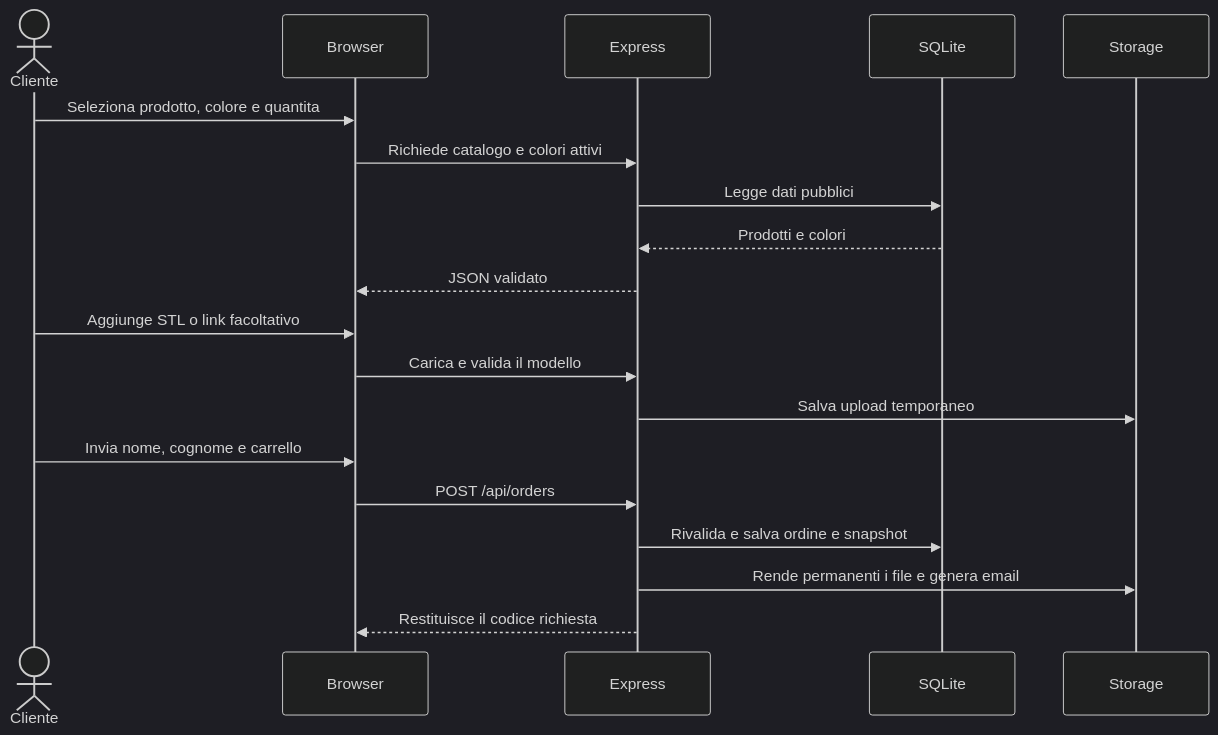
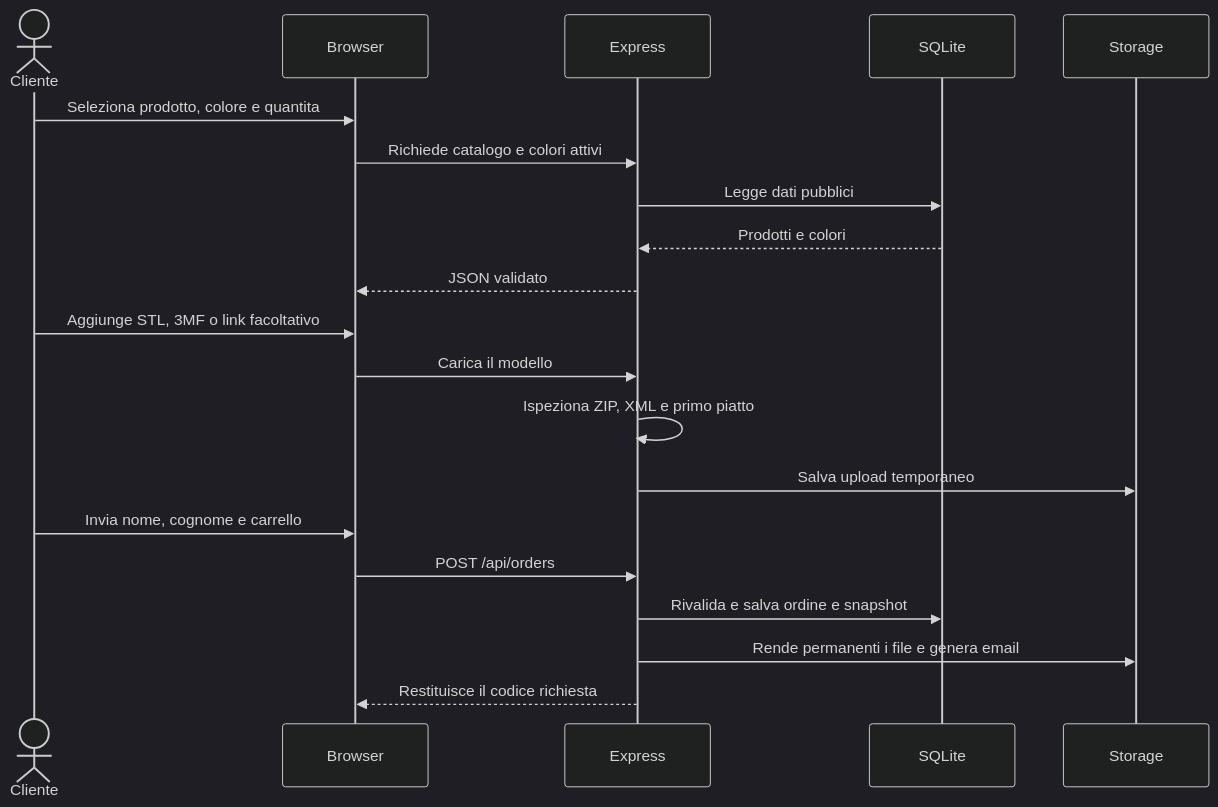
One commit to Moffoletta/pixel-print-lab changed the third of 4 diagrams in docs/ARCHITETTURA.md. Above: the diagram before and after it, drawn with Mermaid (dark theme). The commit also changed other lines of this file and 20 other files, not shown here.

````diff
--- a/docs/ARCHITETTURA.md
+++ b/docs/ARCHITETTURA.md
@@ -113,22 +116,23 @@
 ```mermaid
 sequenceDiagram
   actor C as Cliente
   participant B as Browser
   participant E as Express
   participant D as SQLite
   participant S as Storage
 
   C->>B: Seleziona prodotto, colore e quantita
   B->>E: Richiede catalogo e colori attivi
   E->>D: Legge dati pubblici
   D-->>E: Prodotti e colori
   E-->>B: JSON validato
-  C->>B: Aggiunge STL o link facoltativo
-  B->>E: Carica e valida il modello
+  C->>B: Aggiunge STL, 3MF o link facoltativo
+  B->>E: Carica il modello
+  E->>E: Ispeziona ZIP, XML e primo piatto
   E->>S: Salva upload temporaneo
   C->>B: Invia nome, cognome e carrello
   B->>E: POST /api/orders
   E->>D: Rivalida e salva ordine e snapshot
   E->>S: Rende permanenti i file e genera email
   E-->>B: Restituisce il codice richiesta
 ```
````
